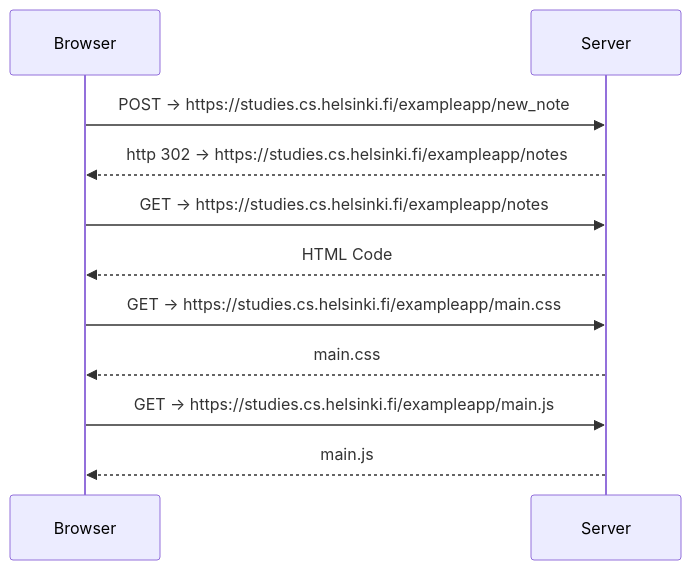
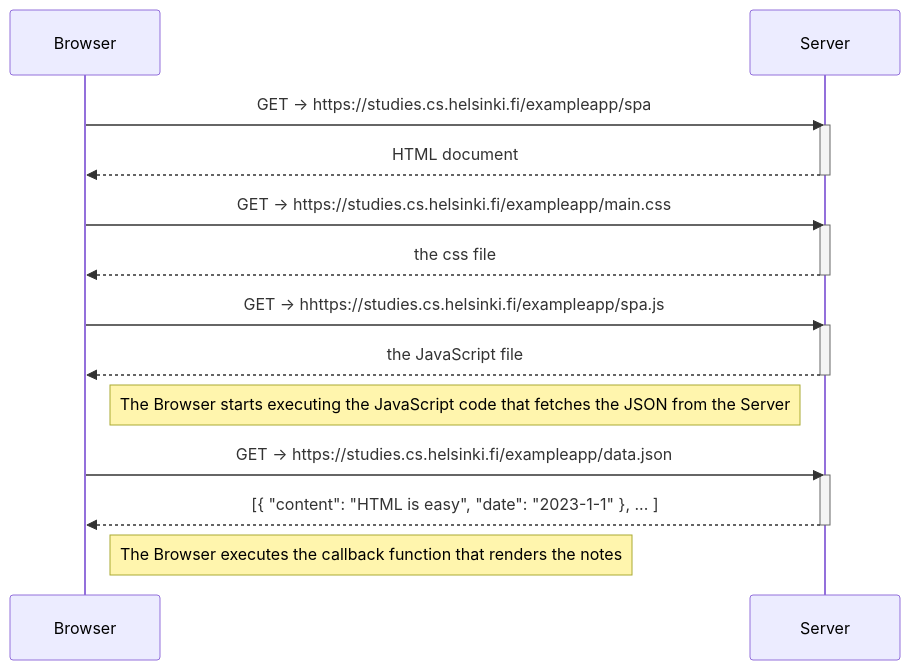
Before and after one commit to FidelNR/FullStackOpen_A: the diagram in section-0/A0.5.md, drawn with Mermaid. The commit also changed other lines of this file and 2 other files, not shown here.

Commit message:
Finishing activities 0.4, 0.5 & a.6's diagrams

````diff
--- a/section-0/A0.5.md
+++ b/section-0/A0.5.md
@@ -3,22 +3,30 @@
 ```mermaid
 sequenceDiagram
     participant Browser
     participant Server
 
-    Browser->>Server: POST -> https://studies.cs.helsinki.fi/exampleapp/new_note
-    
-    Server-->>Browser: http 302 -> https://studies.cs.helsinki.fi/exampleapp/notes
-
-    Browser->>Server: GET -> https://studies.cs.helsinki.fi/exampleapp/notes
-    
-    Server-->>Browser: HTML Code
+    Browser->>Server: GET -> https://studies.cs.helsinki.fi/exampleapp/spa
+    activate Server
+    Server-->>Browser: HTML document
+    deactivate Server
 
     Browser->>Server: GET -> https://studies.cs.helsinki.fi/exampleapp/main.css
-    
-    Server-->>Browser: main.css
+    activate Server
+    Server-->>Browser: the css file
+    deactivate Server
 
-    Browser->>Server: GET -> https://studies.cs.helsinki.fi/exampleapp/main.js
-    
-    Server-->>Browser: main.js
+    Browser->>Server: GET -> hhttps://studies.cs.helsinki.fi/exampleapp/spa.js
+    activate Server
+    Server-->>Browser: the JavaScript file
+    deactivate Server
+
+    Note right of Browser: The Browser starts executing the JavaScript code that fetches the JSON from the Server
+
+    Browser->>Server: GET -> https://studies.cs.helsinki.fi/exampleapp/data.json
+    activate Server
+    Server-->>Browser: [{ "content": "HTML is easy", "date": "2023-1-1" }, ... ]
+    deactivate Server
+
+    Note right of Browser: The Browser executes the callback function that renders the notes
     
 ```
````
